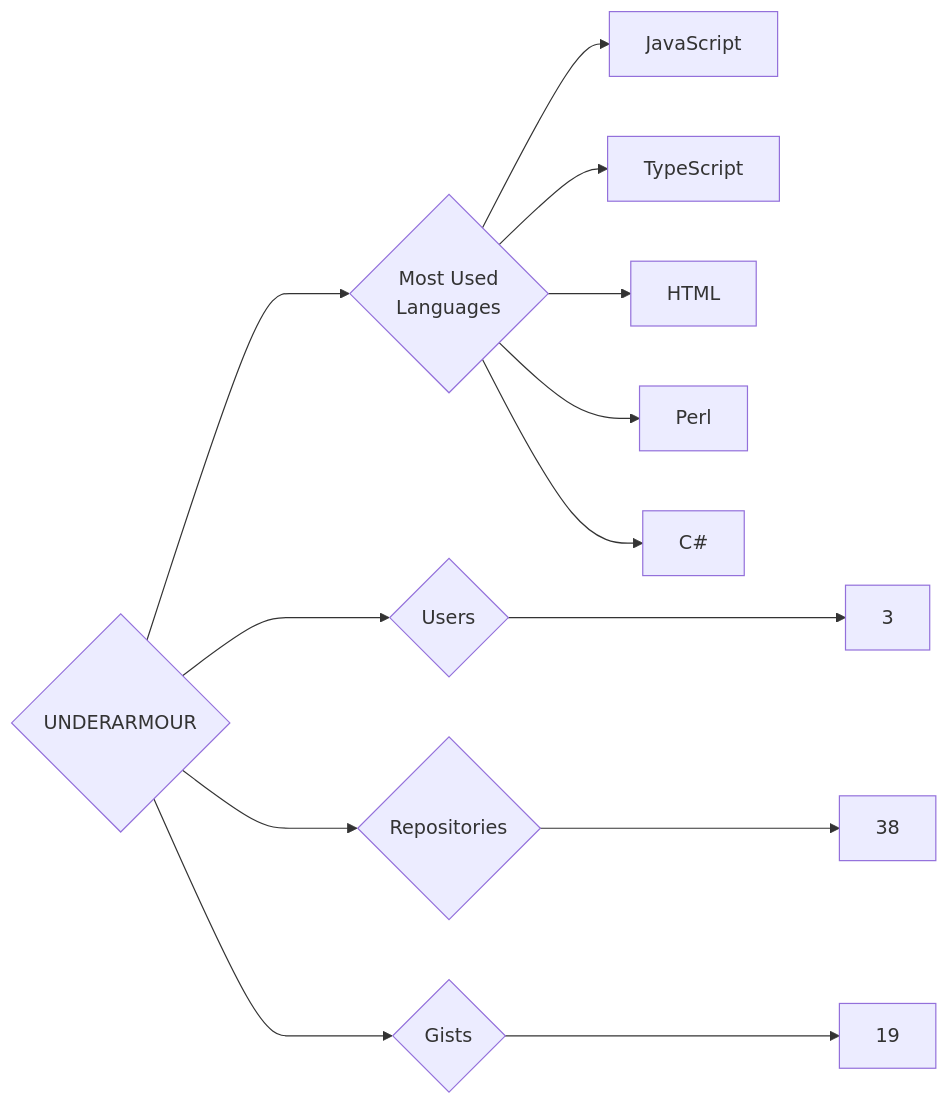
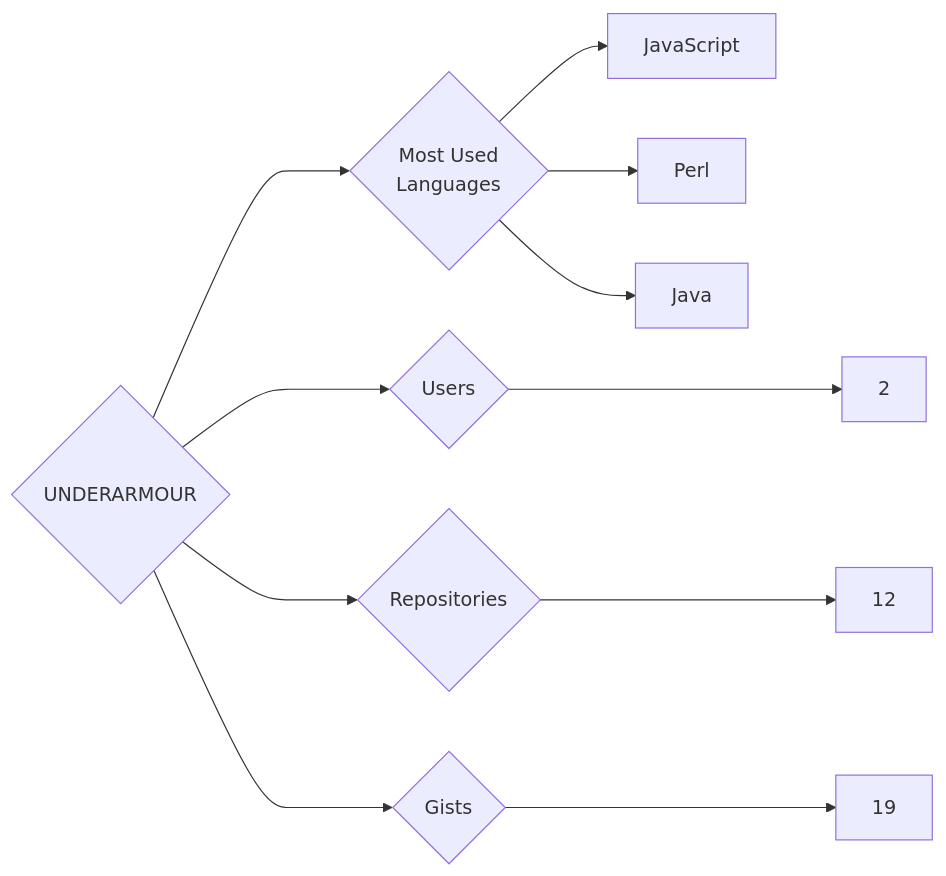
The diagram in targets/UNDERARMOUR/README.md (trickest/insiders), drawn with Mermaid before and after one commit. The commit also changed 969 other files, not shown here.

````diff
--- a/targets/UNDERARMOUR/README.md
+++ b/targets/UNDERARMOUR/README.md
@@ -3,13 +3,11 @@
 ```mermaid
 graph LR
 COMPANY_NAME{UNDERARMOUR}
-COMPANY_NAME ---> U{Users} ---> UN[3]
-COMPANY_NAME ---> R{Repositories} ---> RN[38]
+COMPANY_NAME ---> U{Users} ---> UN[2]
+COMPANY_NAME ---> R{Repositories} ---> RN[12]
 COMPANY_NAME ---> G{Gists} ---> GN[19]
 COMPANY_NAME ---> ML{Most Used<br>Languages}
 ML --> JavaScript[JavaScript]
-ML --> TypeScript[TypeScript]
-ML --> HTML[HTML]
 ML --> Perl[Perl]
-ML --> C#[C#]
+ML --> Java[Java]
 ```
````
